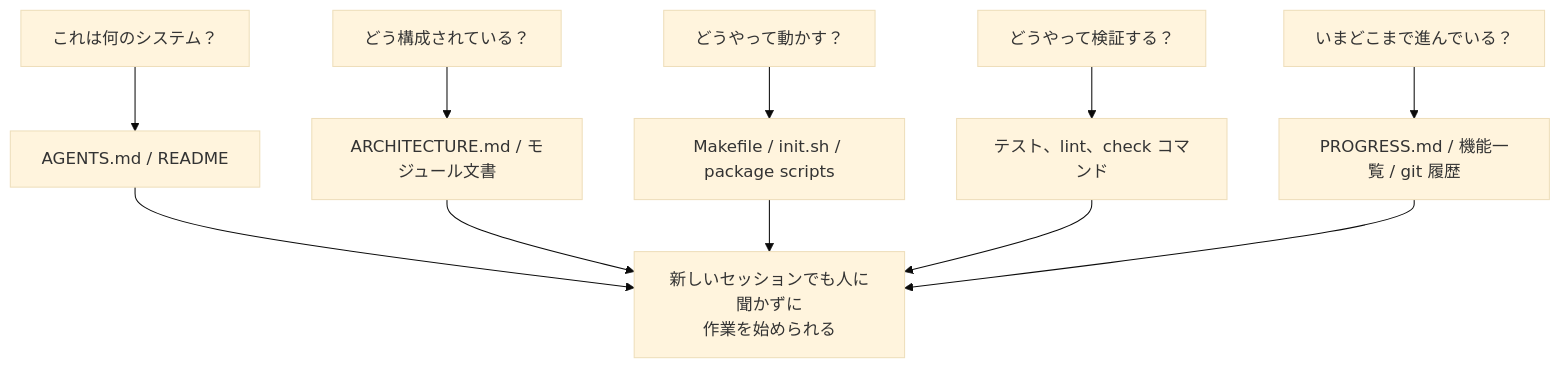
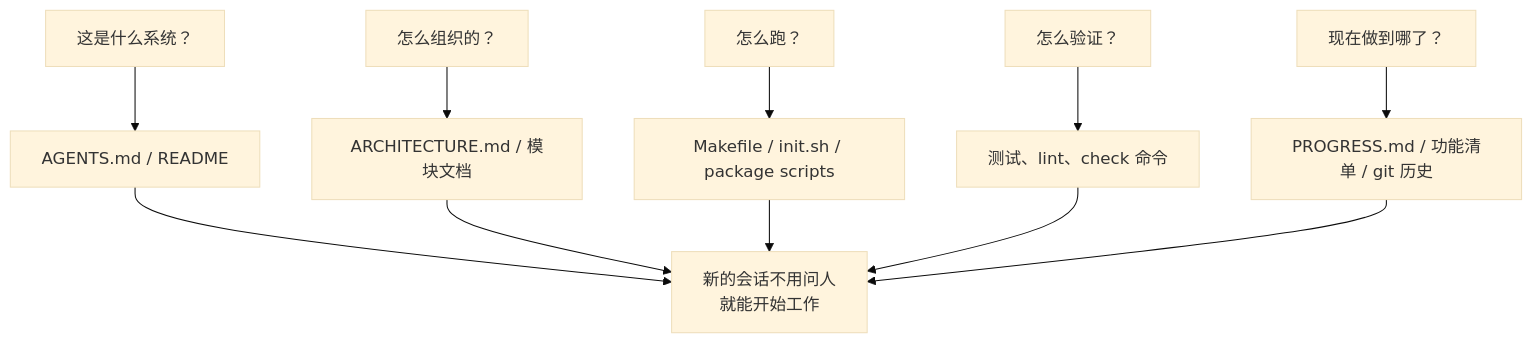
The second of 2 diagrams in docs/zh/lectures/lecture-03-why-the-repository-must-become-the-system-of-record/index.md (mkusaka/learn-harness-engineering), drawn with Mermaid (base theme) before and after one commit. The commit also changed other lines of this file and 684 other files, not shown here.

````diff
--- a/docs/zh/lectures/lecture-03-why-the-repository-must-become-the-system-of-record/index.md
+++ b/docs/zh/lectures/lecture-03-why-the-repository-must-become-the-system-of-record/index.md
@@ -39,14 +39,14 @@
 ```mermaid
 flowchart TB
-    Q1["これは何のシステム？"] --> A1["AGENTS.md / README"]
-    Q2["どう構成されている？"] --> A2["ARCHITECTURE.md / モジュール文書"]
-    Q3["どうやって動かす？"] --> A3["Makefile / init.sh / package scripts"]
-    Q4["どうやって検証する？"] --> A4["テスト、lint、check コマンド"]
-    Q5["いまどこまで進んでいる？"] --> A5["PROGRESS.md / 機能一覧 / git 履歴"]
+    Q1["这是什么系统？"] --> A1["AGENTS.md / README"]
+    Q2["怎么组织的？"] --> A2["ARCHITECTURE.md / 模块文档"]
+    Q3["怎么跑？"] --> A3["Makefile / init.sh / package scripts"]
+    Q4["怎么验证？"] --> A4["测试、lint、check 命令"]
+    Q5["现在做到哪了？"] --> A5["PROGRESS.md / 功能清单 / git 历史"]
 
-    A1 --> Ready["新しいセッションでも人に聞かずに<br/>作業を始められる"]
+    A1 --> Ready["新的会话不用问人<br/>就能开始工作"]
     A2 --> Ready
     A3 --> Ready
     A4 --> Ready
     A5 --> Ready
 ```
````
